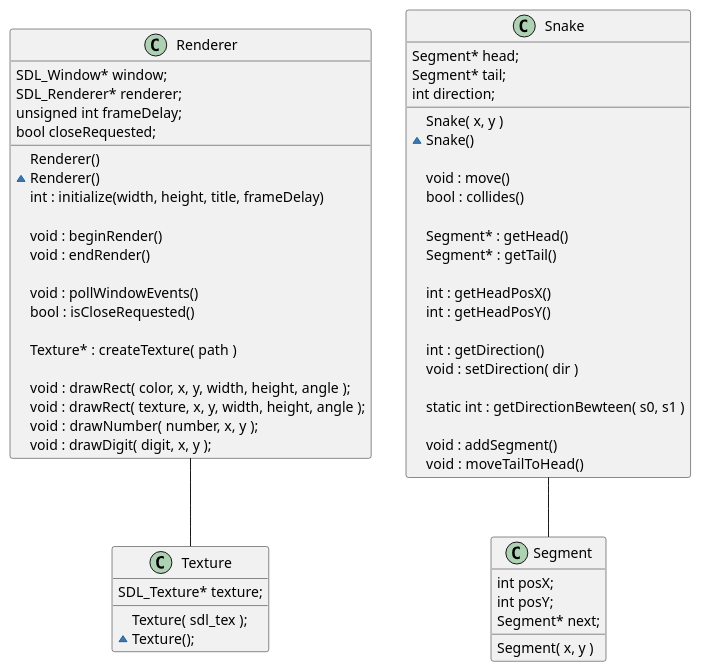
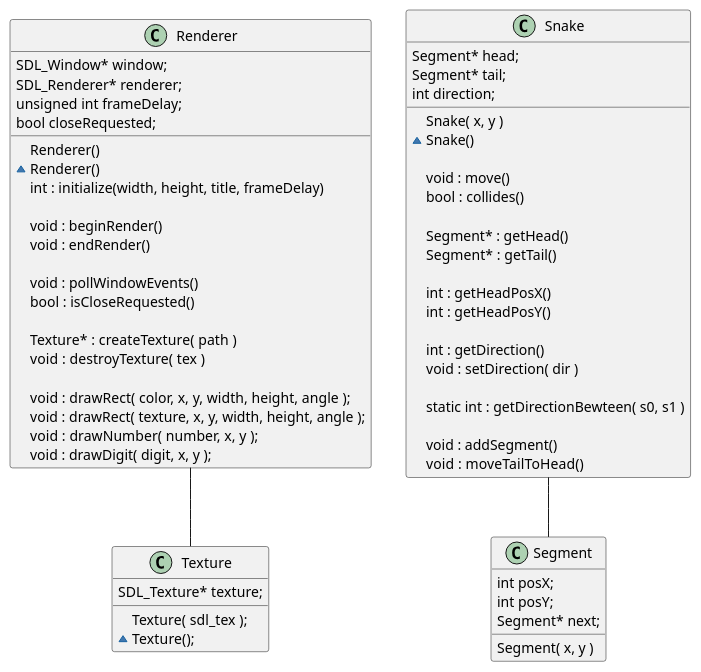
The diagram in noah/classes.puml (nwiart/gtech1-b23-snake), drawn with PlantUML before and after one commit. The commit also changed 2 other files, not shown here.

Commit message:
Added destroyTexture() method

```diff
--- a/noah/classes.puml
+++ b/noah/classes.puml
@@ -1,78 +1,79 @@
 @startuml
 
 class Renderer
 {
 SDL_Window* window;
 SDL_Renderer* renderer;
 unsigned int frameDelay;
 bool closeRequested;
 
 Renderer()
 ~Renderer()
 int : initialize(width, height, title, frameDelay)
 
 void : beginRender()
 void : endRender()
 
 void : pollWindowEvents()
 bool : isCloseRequested()
 
 Texture* : createTexture( path )
+void : destroyTexture( tex )
 
 void : drawRect( color, x, y, width, height, angle );
 void : drawRect( texture, x, y, width, height, angle );
 void : drawNumber( number, x, y );
 void : drawDigit( digit, x, y );
 }
 
 Renderer -- Texture
 
 class Texture
 {
 SDL_Texture* texture;
 
 Texture( sdl_tex );
 ~Texture();
 }
 
 
 
 class Snake
 {
 Segment* head;
 Segment* tail;
 int direction;
 
 Snake( x, y )
 ~Snake()
 
 void : move()
 bool : collides()
 
 Segment* : getHead()
 Segment* : getTail()
 
 int : getHeadPosX()
 int : getHeadPosY()
 
 int : getDirection()
 void : setDirection( dir )
 
 static int : getDirectionBewteen( s0, s1 )
 
 void : addSegment()
 void : moveTailToHead()
 }
 
 Snake -- Segment
 
 class Segment
 {
 int posX;
 int posY;
 Segment* next;
 
 Segment( x, y )
 }
 
 @enduml
```
